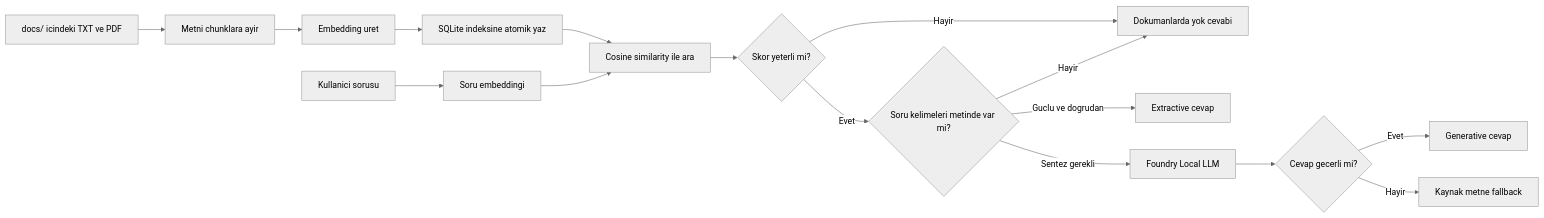
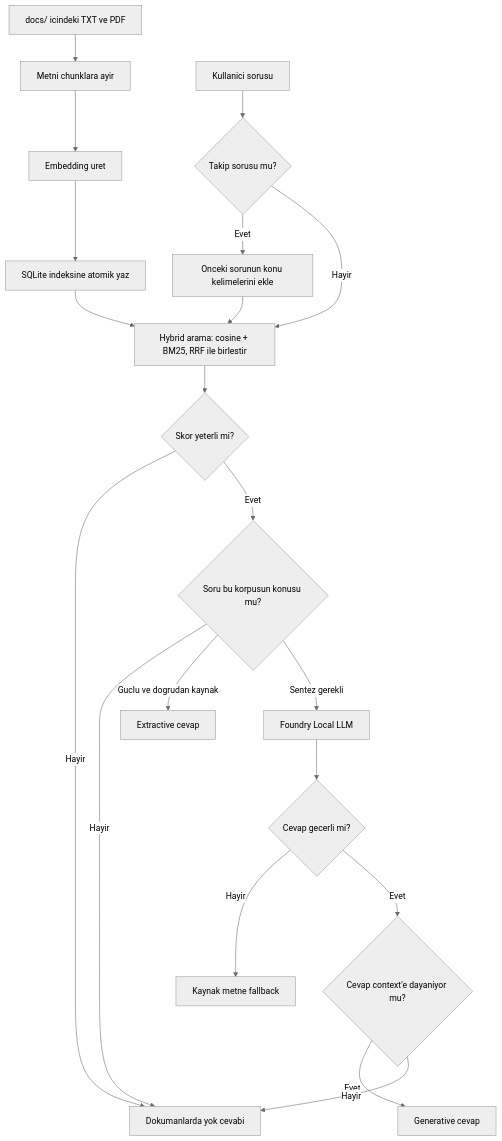
One commit to ErdemAbaci/LocalRAGApp changed the diagram in README.md. Above: the diagram before and after it, drawn with Mermaid (neutral theme). The commit also changed other lines of this file and 16 other files, not shown here.

First line of the commit message:
Takip sorusu çözümleme eklendi, reranking ölçülüp kapatıldı

````diff
--- a/README.md
+++ b/README.md
@@ -39,18 +44,22 @@
 ```mermaid
-flowchart LR
+flowchart TD
     A["docs/ icindeki TXT ve PDF"] --> B["Metni chunklara ayir"]
     B --> C["Embedding uret"]
     C --> D["SQLite indeksine atomik yaz"]
-    Q["Kullanici sorusu"] --> E["Soru embeddingi"]
-    D --> F["Cosine similarity ile ara"]
-    E --> F
+    Q["Kullanici sorusu"] --> R{"Takip sorusu mu?"}
+    R -- "Evet" --> S["Onceki sorunun konu kelimelerini ekle"]
+    R -- "Hayir" --> F
+    S --> F["Hybrid arama: cosine + BM25, RRF ile birlestir"]
+    D --> F
     F --> G{"Skor yeterli mi?"}
     G -- "Hayir" --> H["Dokumanlarda yok cevabi"]
-    G -- "Evet" --> N{"Soru kelimeleri metinde var mi?"}
+    G -- "Evet" --> N{"Soru bu korpusun konusu mu?"}
     N -- "Hayir" --> H
-    N -- "Guclu ve dogrudan" --> I["Extractive cevap"]
+    N -- "Guclu ve dogrudan kaynak" --> I["Extractive cevap"]
     N -- "Sentez gerekli" --> J["Foundry Local LLM"]
     J --> K{"Cevap gecerli mi?"}
-    K -- "Evet" --> L["Generative cevap"]
     K -- "Hayir" --> M["Kaynak metne fallback"]
+    K -- "Evet" --> O{"Cevap context'e dayaniyor mu?"}
+    O -- "Evet" --> L["Generative cevap"]
+    O -- "Hayir" --> H
 ```
````
